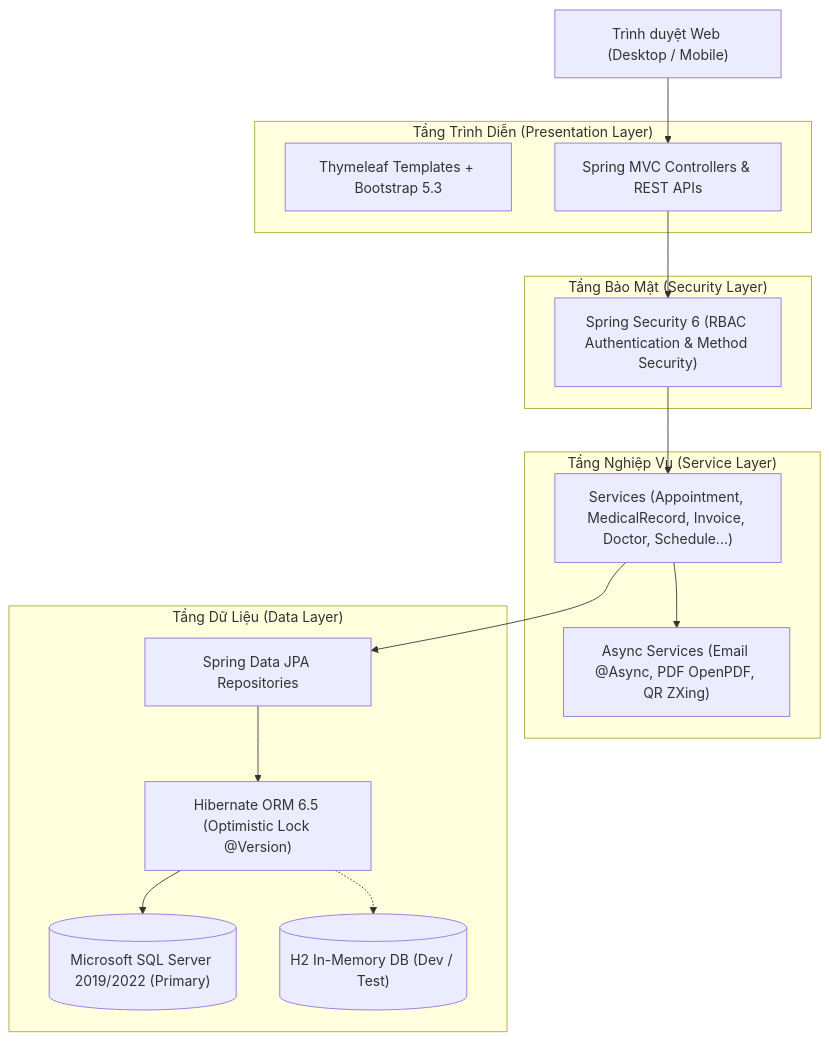
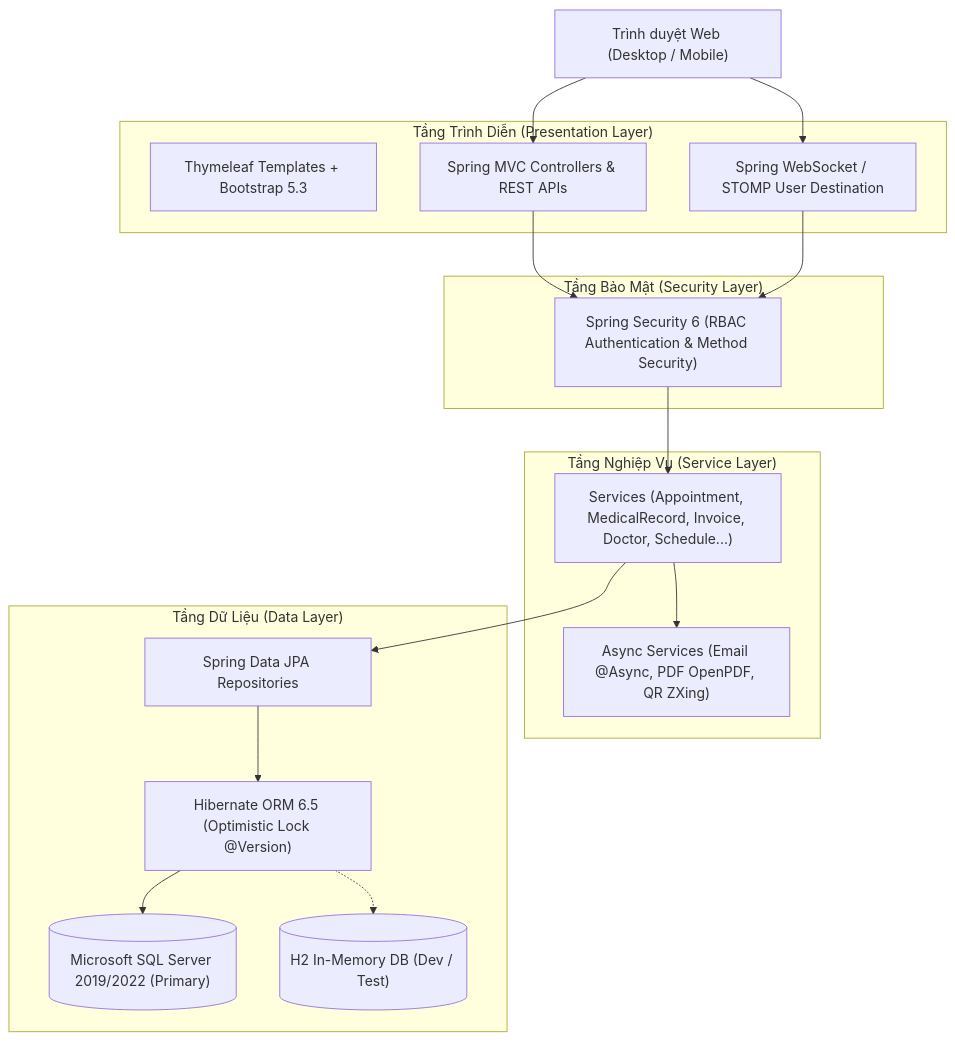
Before and after one commit to tranducanhyn99-prog/medclinic-system: the diagram in README.md, drawn with Mermaid. The commit also changed other lines of this file and 22 other files, not shown here.

First line of the commit message:
feat: bổ sung hàng chờ bác sĩ realtime bằng WebSocket

````diff
--- a/README.md
+++ b/README.md
@@ -118,34 +119,37 @@
 ```mermaid
 graph TD
     Client["Trình duyệt Web (Desktop / Mobile)"]
     
     subgraph Presentation_Layer ["Tầng Trình Diễn (Presentation Layer)"]
         Thymeleaf["Thymeleaf Templates + Bootstrap 5.3"]
         Controllers["Spring MVC Controllers & REST APIs"]
+        Realtime["Spring WebSocket / STOMP User Destination"]
     end
     
     subgraph Security_Layer ["Tầng Bảo Mật (Security Layer)"]
         Security["Spring Security 6 (RBAC Authentication & Method Security)"]
     end
     
     subgraph Service_Layer ["Tầng Nghiệp Vụ (Service Layer)"]
         Services["Services (Appointment, MedicalRecord, Invoice, Doctor, Schedule...)"]
         AsyncUtils["Async Services (Email @Async, PDF OpenPDF, QR ZXing)"]
     end
     
     subgraph Data_Layer ["Tầng Dữ Liệu (Data Layer)"]
         Repositories["Spring Data JPA Repositories"]
         Hibernate["Hibernate ORM 6.5 (Optimistic Lock @Version)"]
         MSSQL[("Microsoft SQL Server 2019/2022 (Primary)")]
         H2[("H2 In-Memory DB (Dev / Test)")]
     end
 
     Client --> Controllers
+    Client --> Realtime
     Controllers --> Security
+    Realtime --> Security
     Security --> Services
     Services --> AsyncUtils
     Services --> Repositories
     Repositories --> Hibernate
     Hibernate --> MSSQL
     Hibernate -.-> H2
 ```
````
